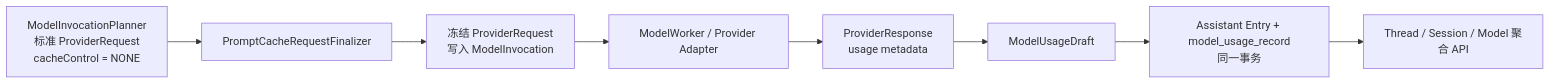
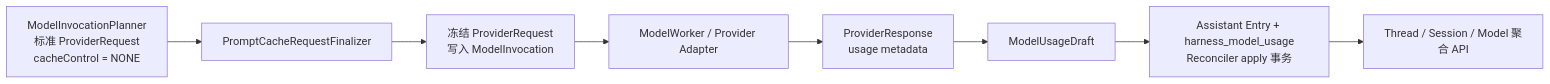
The diagram in docs/technical-solution/prompt-cache-usage-cost.md (fengwk/kk-studio), drawn with Mermaid before and after one commit. The commit also changed other lines of this file and 27 other files, not shown here.

Commit message:
docs(harness): align architecture and rebuild workflow

````diff
--- a/docs/technical-solution/prompt-cache-usage-cost.md
+++ b/docs/technical-solution/prompt-cache-usage-cost.md
@@ -7,10 +7,10 @@
 ```mermaid
 flowchart LR
     A[ModelInvocationPlanner<br/>标准 ProviderRequest<br/>cacheControl = NONE] --> C[PromptCacheRequestFinalizer]
     C --> R[冻结 ProviderRequest<br/>写入 ModelInvocation]
     R --> D[ModelWorker / Provider Adapter]
     D --> E[ProviderResponse<br/>usage metadata]
     E --> F[ModelUsageDraft]
-    F --> G[Assistant Entry + model_usage_record<br/>同一事务]
+    F --> G[Assistant Entry + harness_model_usage<br/>Reconciler apply 事务]
     G --> H[Thread / Session / Model 聚合 API]
 ```
````
